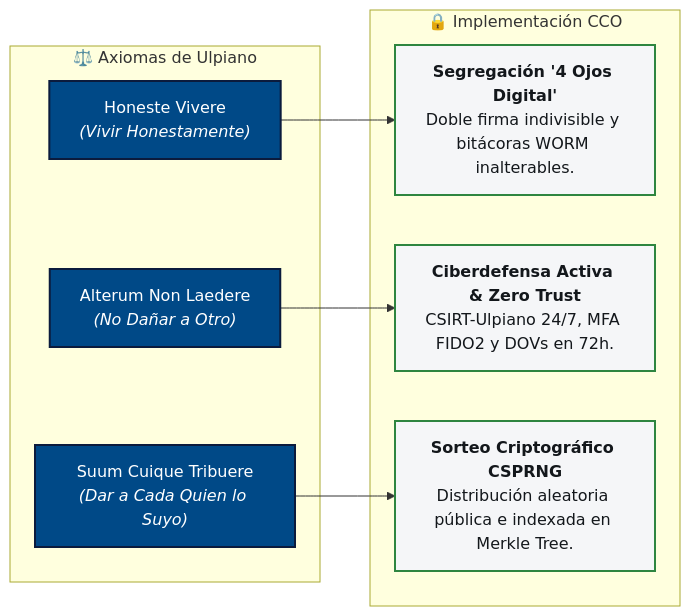
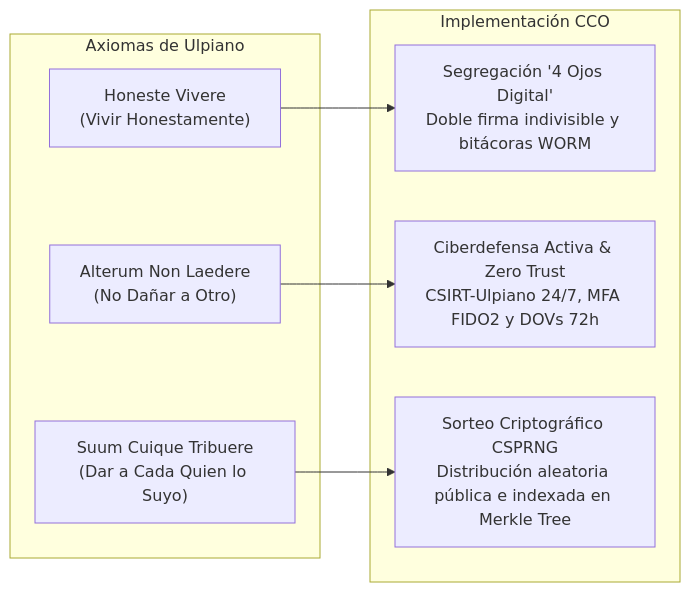
One commit to julljoll/Ulpiano-Chief-Compliance-Officer changed the first of 3 diagrams in README.md. Above: the diagram before and after it, drawn with Mermaid. The commit also changed other lines of this file, not shown here.

````diff
--- a/README.md
+++ b/README.md
@@ -44,19 +44,18 @@
 ```mermaid
-graph LR
-    subgraph Axiomas["⚖️ Axiomas de Ulpiano"]
-        A["Honeste Vivere<br><i>(Vivir Honestamente)</i>"]
-        B["Alterum Non Laedere<br><i>(No Dañar a Otro)</i>"]
-        C["Suum Cuique Tribuere<br><i>(Dar a Cada Quien lo Suyo)</i>"]
+flowchart LR
+    subgraph Axiomas["Axiomas de Ulpiano"]
+        A["Honeste Vivere<br/>(Vivir Honestamente)"]
+        B["Alterum Non Laedere<br/>(No Dañar a Otro)"]
+        C["Suum Cuique Tribuere<br/>(Dar a Cada Quien lo Suyo)"]
     end
 
-    subgraph Modulos["🔒 Implementación CCO"]
-        A --> M1["<b>Segregación '4 Ojos Digital'</b><br>Doble firma indivisible y bitácoras WORM inalterables."]
-        B --> M2["<b>Ciberdefensa Activa & Zero Trust</b><br>CSIRT-Ulpiano 24/7, MFA FIDO2 y DOVs en 72h."]
-        C --> M3["<b>Sorteo Criptográfico CSPRNG</b><br>Distribución aleatoria pública e indexada en Merkle Tree."]
+    subgraph Modulos["Implementación CCO"]
+        M1["Segregación '4 Ojos Digital'<br/>Doble firma indivisible y bitácoras WORM"]
+        M2["Ciberdefensa Activa & Zero Trust<br/>CSIRT-Ulpiano 24/7, MFA FIDO2 y DOVs 72h"]
+        M3["Sorteo Criptográfico CSPRNG<br/>Distribución aleatoria pública e indexada en Merkle Tree"]
     end
 
-    classDef axioma fill:#004987,stroke:#0b1b3d,stroke-width:2px,color:#ffffff;
-    classDef tech fill:#f5f6f8,stroke:#2e8540,stroke-width:2px,color:#13171b;
-    class A,B,C axioma;
-    class M1,M2,M3 tech;
+    A --> M1
+    B --> M2
+    C --> M3
 ```
````
